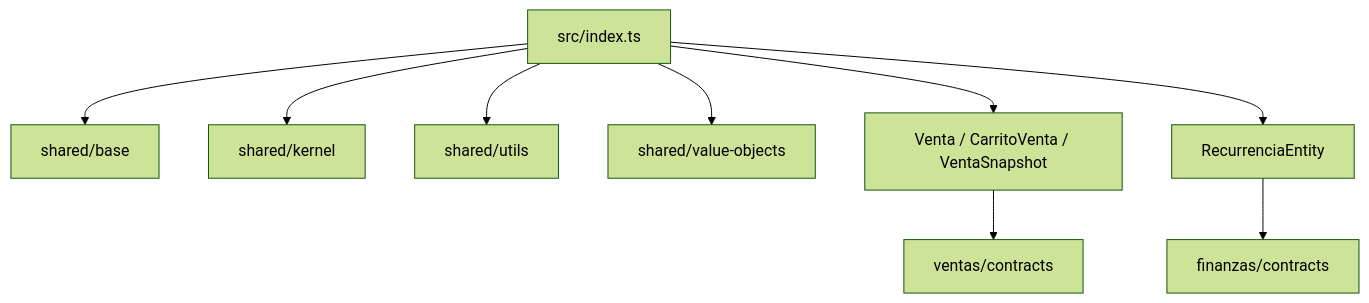
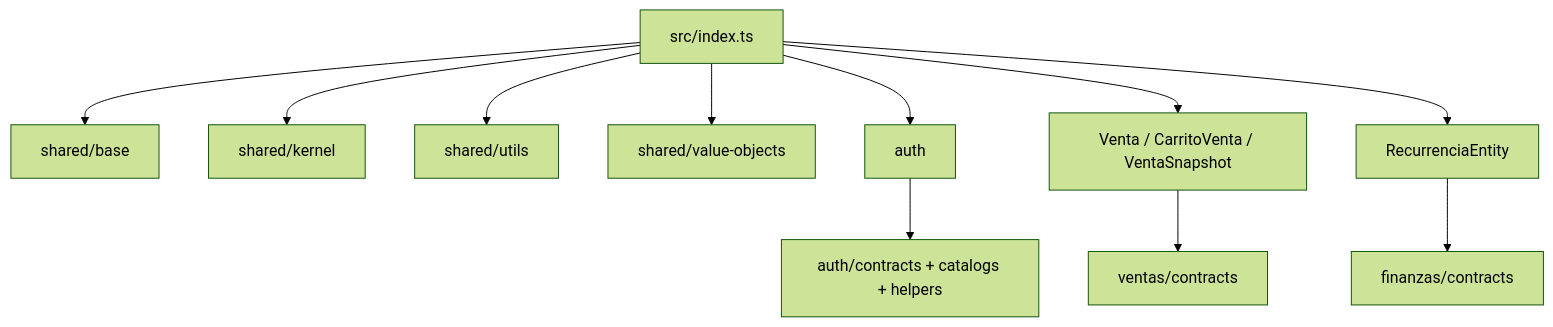
One commit to yelsino/yolafresh-utils changed the diagram in src/docs/core/arquitectura-vigente.md. Above: the diagram before and after it, drawn with Mermaid (forest theme). The commit also changed other lines of this file and 70 other files, not shown here.

````diff
--- a/src/docs/core/arquitectura-vigente.md
+++ b/src/docs/core/arquitectura-vigente.md
@@ -121,12 +124,14 @@
 ```mermaid
 flowchart TD
   Root[src/index.ts] --> Base[shared/base]
   Root --> Kernel[shared/kernel]
   Root --> Utils[shared/utils]
   Root --> ValueObjects[shared/value-objects]
+  Root --> Auth[auth]
   Root --> Ventas[Venta / CarritoVenta / VentaSnapshot]
   Root --> Recurrencia[RecurrenciaEntity]
 
+  Auth --> AuthContracts[auth/contracts + catalogs + helpers]
   Ventas --> VentasContracts[ventas/contracts]
   Recurrencia --> FinanzasContracts[finanzas/contracts]
 ```
````
